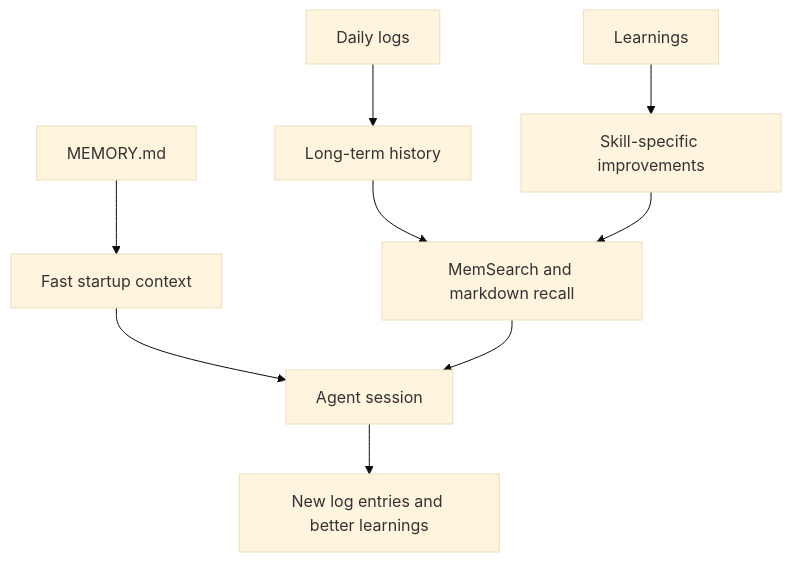
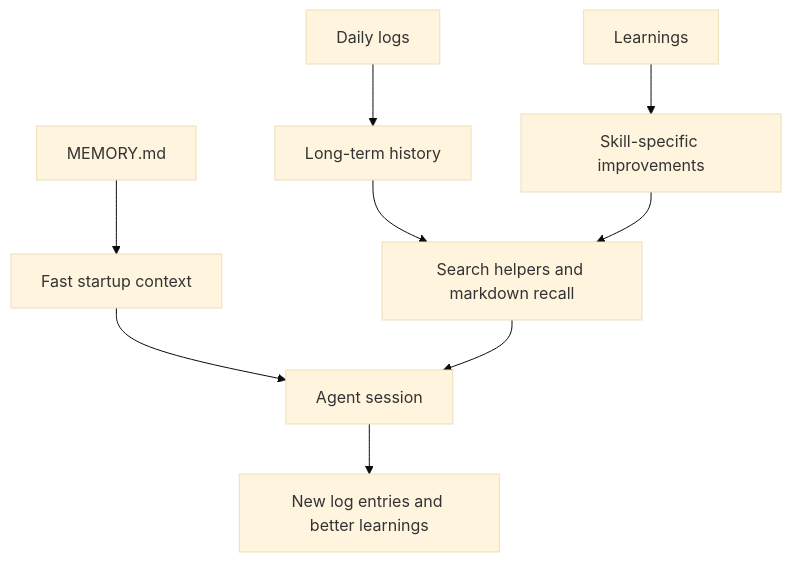
Before and after one commit to camrontaylor/AI-OS-Template: the third of 5 diagrams in docs/README.md, drawn with Mermaid (base theme). The commit also changed other lines of this file and 462 other files, not shown here.

````diff
--- a/docs/README.md
+++ b/docs/README.md
@@ -94,11 +94,11 @@
 ```mermaid
 flowchart TD
   A["MEMORY.md"] --> D["Fast startup context"]
   B["Daily logs"] --> E["Long-term history"]
   C["Learnings"] --> F["Skill-specific improvements"]
   D --> G["Agent session"]
-  E --> H["MemSearch and markdown recall"]
+  E --> H["Search helpers and markdown recall"]
   F --> H
   H --> G
   G --> I["New log entries and better learnings"]
 ```
````
